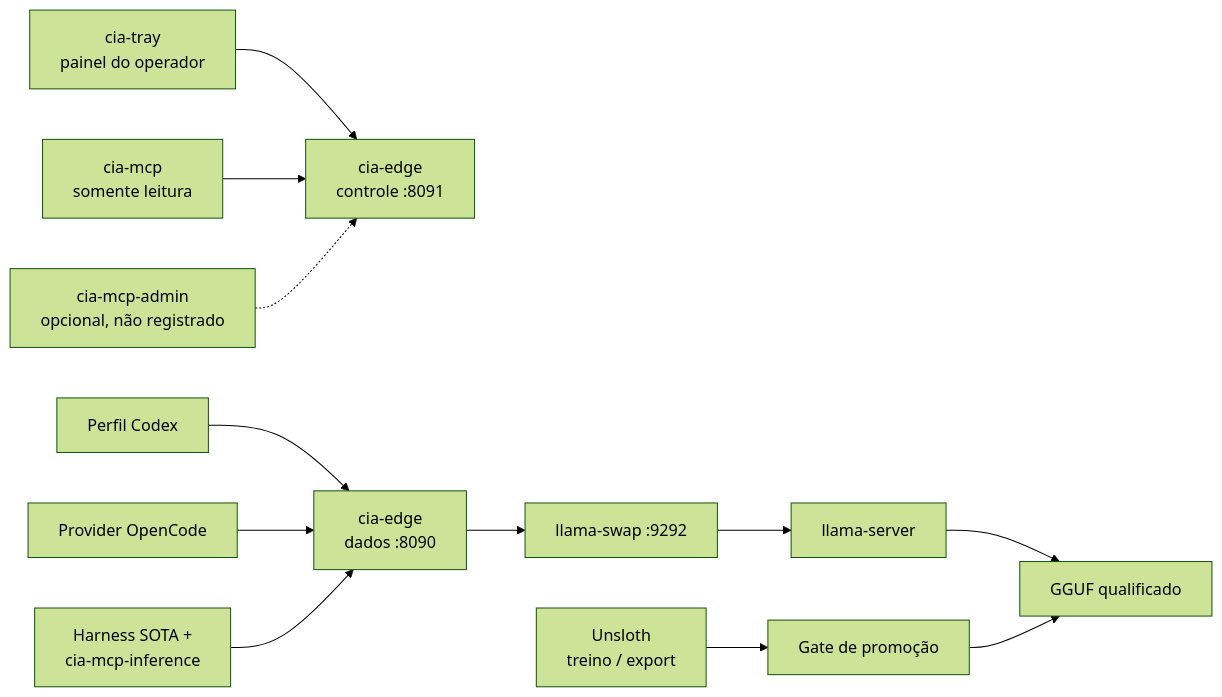
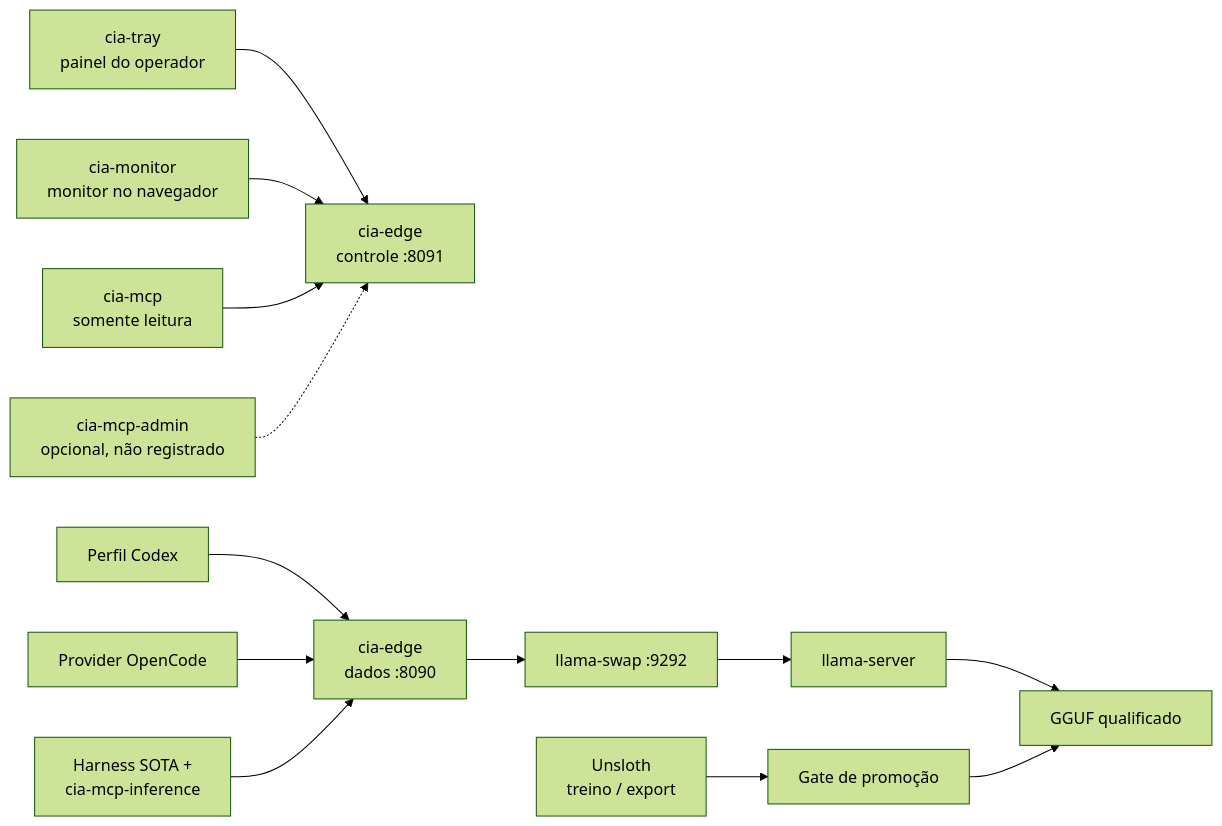
The diagram in README.md (Sitr3n01/IA_local_server), drawn with Mermaid (forest theme) before and after one commit. The commit also changed other lines of this file and 425 other files, not shown here.

````diff
--- a/README.md
+++ b/README.md
@@ -46,15 +46,16 @@
 ```mermaid
 flowchart LR
     T["cia-tray<br/>painel do operador"] --> P
+    W["cia-monitor<br/>monitor no navegador"] --> P
     C["Perfil Codex"] --> E
     O["Provider OpenCode"] --> E
     E["cia-edge<br/>dados :8090"] --> S
     P["cia-edge<br/>controle :8091"]
     S["llama-swap :9292"] --> L["llama-server"]
     L --> G["GGUF qualificado"]
     M["cia-mcp<br/>somente leitura"] --> P
     D["Harness SOTA +<br/>cia-mcp-inference"] --> E
     A["cia-mcp-admin<br/>opcional, não registrado"] -.-> P
     U["Unsloth<br/>treino / export"] --> Q["Gate de promoção"]
     Q --> G
 ```
````
